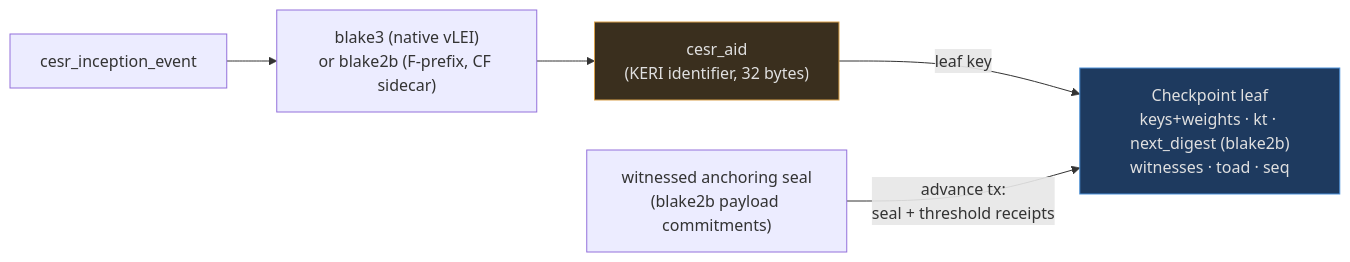
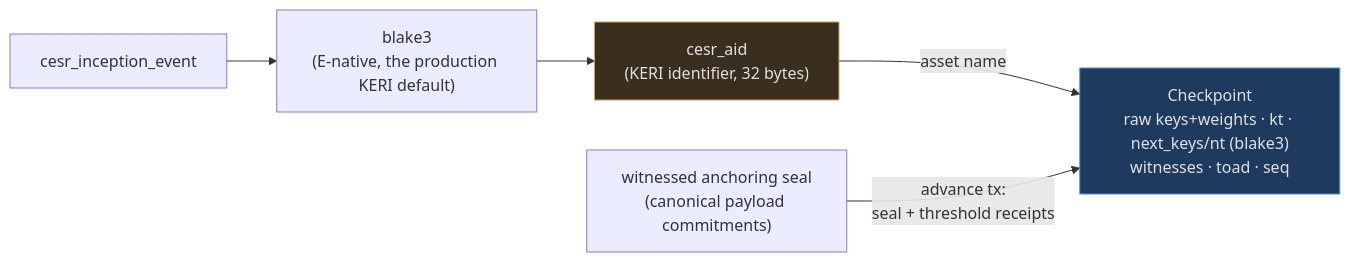
Before and after one commit to lambdasistemi/cardano-keri: the first of 2 diagrams in docs/index.md, drawn with Mermaid. The commit also changed other lines of this file and 10 other files, not shown here.

First line of the commit message:
docs(68): sweep diagrams, primers, deck, and gap tables to the e-native contract

````diff
--- a/docs/index.md
+++ b/docs/index.md
@@ -89,9 +89,9 @@
 ```mermaid
 flowchart LR
-    ICP["cesr_inception_event"] --> H["blake3 (native vLEI)<br/>or blake2b (F-prefix, CF sidecar)"]
+    ICP["cesr_inception_event"] --> H["blake3<br/>(E-native, the production KERI default)"]
     H --> AID["cesr_aid<br/>(KERI identifier, 32 bytes)"]
     style AID fill:#3a2f1e,stroke:#d9a04a,color:#e0e0e0
-    AID -->|"leaf key"| CK["Checkpoint leaf<br/>keys+weights · kt · next_digest (blake2b)<br/>witnesses · toad · seq"]
+    AID -->|"asset name"| CK["Checkpoint<br/>raw keys+weights · kt · next_keys/nt (blake3)<br/>witnesses · toad · seq"]
     style CK fill:#1e3a5f,stroke:#4a90d9,color:#e0e0e0
-    SEAL["witnessed anchoring seal<br/>(blake2b payload commitments)"] -->|"advance tx:<br/>seal + threshold receipts"| CK
+    SEAL["witnessed anchoring seal<br/>(canonical payload commitments)"] -->|"advance tx:<br/>seal + threshold receipts"| CK
 ```
````
